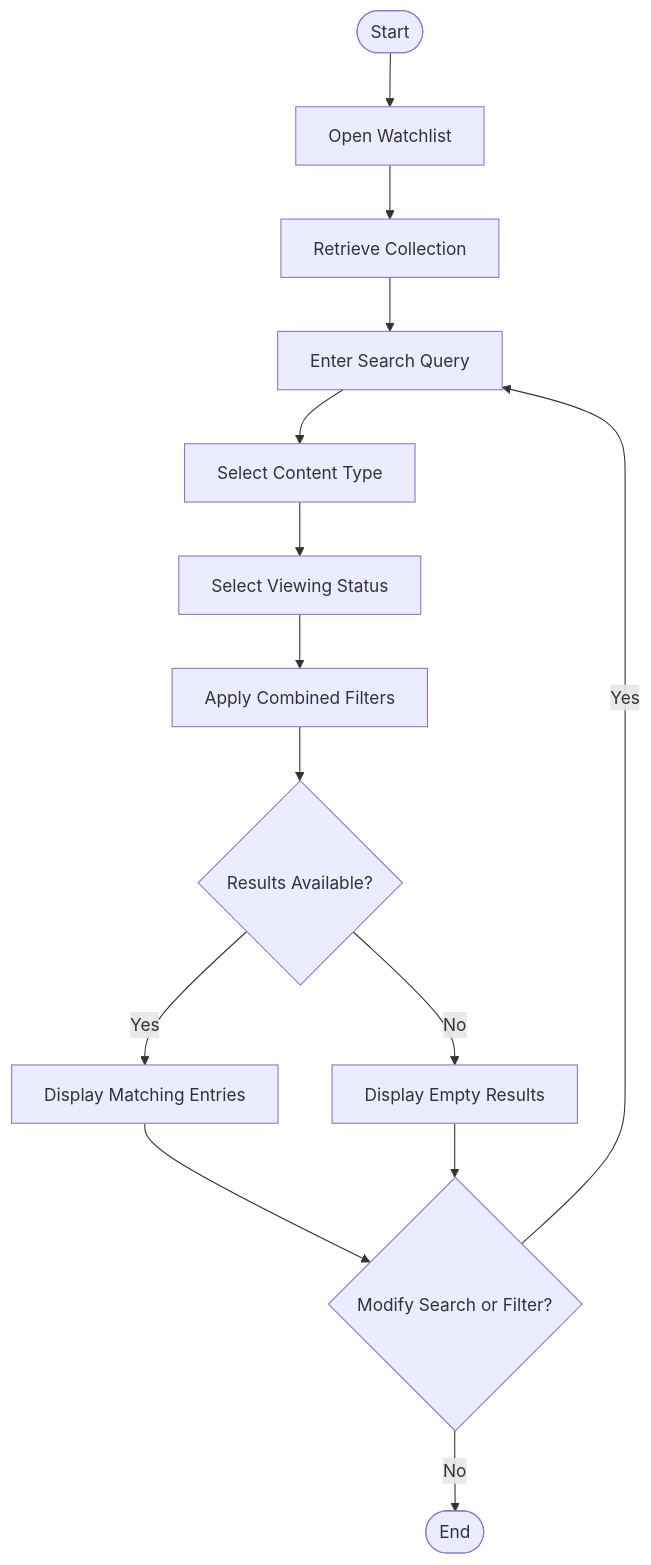
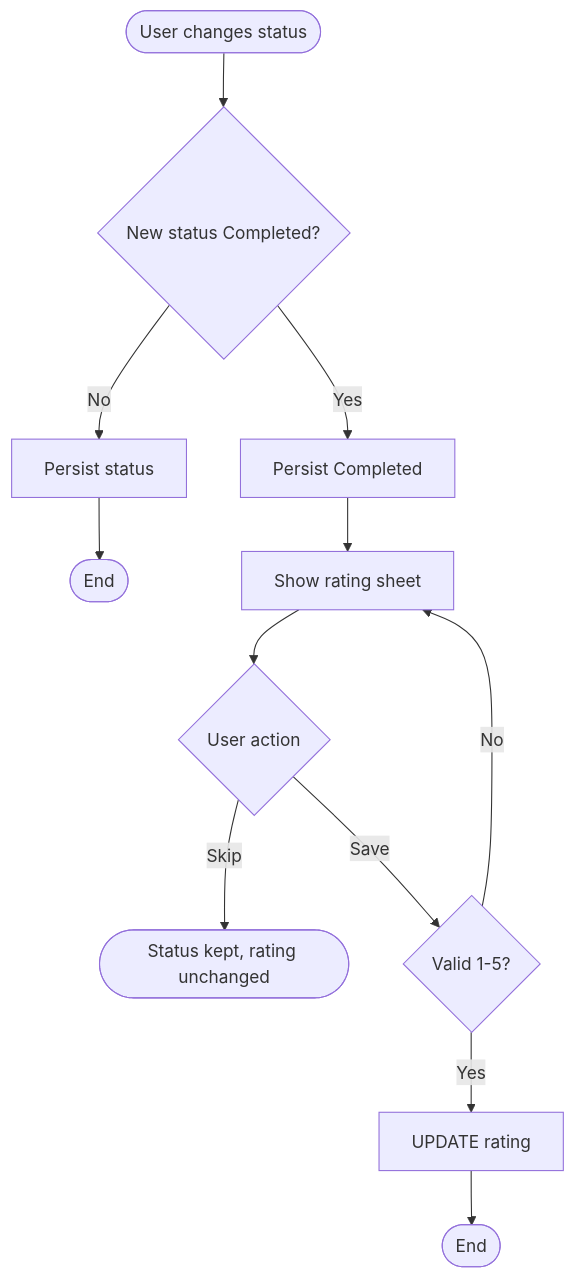
One commit to Aldo-Kristian/CineTrack changed the sixth of 6 diagrams in docs/07-activity-diagrams.md. Above: the diagram before and after it, drawn with Mermaid. The commit also changed other lines of this file and 17 other files, not shown here.

````diff
--- a/docs/07-activity-diagrams.md
+++ b/docs/07-activity-diagrams.md
@@ -86,16 +167,14 @@
 ```mermaid
 flowchart TD
-    A([Start]) --> B[Open Watchlist]
-    B --> C[Retrieve Collection]
-    C --> D[Enter Search Query]
-    D --> E[Select Content Type]
-    E --> F[Select Viewing Status]
-    F --> G[Apply Combined Filters]
-    G --> H{Results Available?}
-    H -->|Yes| I[Display Matching Entries]
-    H -->|No| J[Display Empty Results]
-    I --> K{Modify Search or Filter?}
-    J --> K
-    K -->|Yes| D
-    K -->|No| L([End])
+    A([User changes status]) --> B{New status Completed?}
+    B -->|No| C[Persist status]
+    C --> D([End])
+    B -->|Yes| E[Persist Completed]
+    E --> F[Show rating sheet]
+    F --> G{User action}
+    G -->|Skip| H([Status kept, rating unchanged])
+    G -->|Save| I{Valid 1-5?}
+    I -->|No| F
+    I -->|Yes| J[UPDATE rating]
+    J --> K([End])
 ```
````
